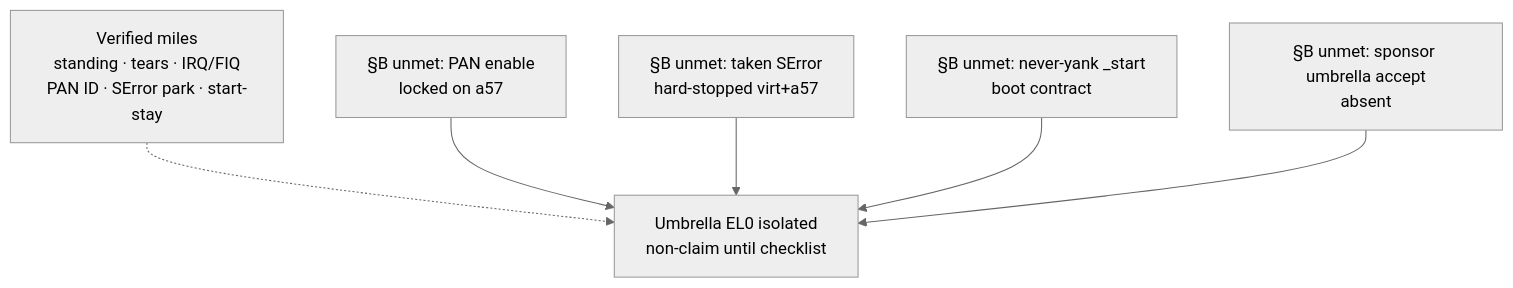
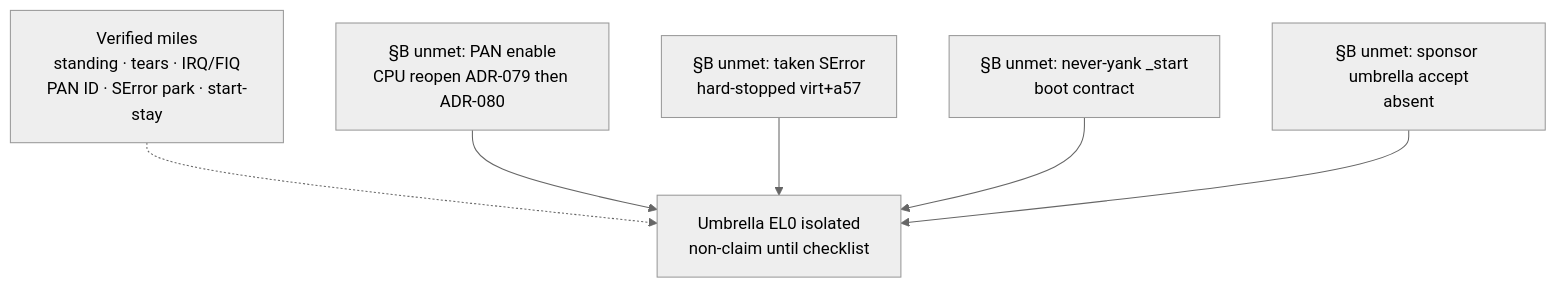
The diagram in docs/03-adr/ADR-060-isolation-leftovers-closure-checklist.md (artofdream/ctos), drawn with Mermaid (neutral theme) before and after one commit. The commit also changed other lines of this file and 18 other files, not shown here.

First line of the commit message:
feat: ADR-079 PAN CPU reopen — default -cpu cortex-a76 (mile 1)

````diff
--- a/docs/03-adr/ADR-060-isolation-leftovers-closure-checklist.md
+++ b/docs/03-adr/ADR-060-isolation-leftovers-closure-checklist.md
@@ -37,14 +37,14 @@
 ```mermaid
 flowchart TD
   V["Verified miles<br/>standing · tears · IRQ/FIQ<br/>PAN ID · SError park · start-stay"]
-  B1["§B unmet: PAN enable<br/>locked on a57"]
+  B1["§B unmet: PAN enable<br/>CPU reopen ADR-079 then ADR-080"]
   B2["§B unmet: taken SError<br/>hard-stopped virt+a57"]
   B3["§B unmet: never-yank _start<br/>boot contract"]
   B4["§B unmet: sponsor umbrella accept<br/>absent"]
   U["Umbrella EL0 isolated<br/>non-claim until checklist"]
   V -.-> U
   B1 --> U
   B2 --> U
   B3 --> U
   B4 --> U
 ```
````
